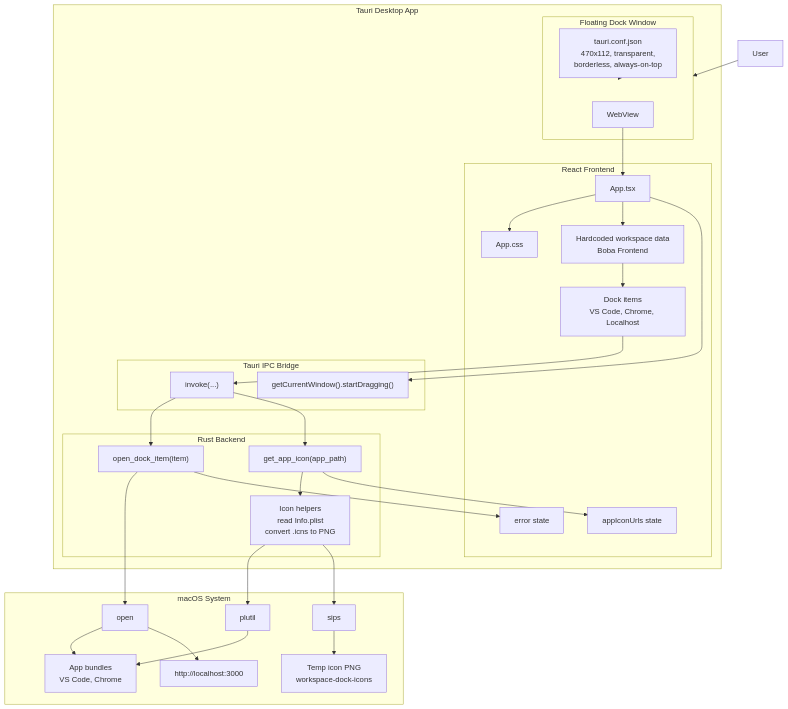
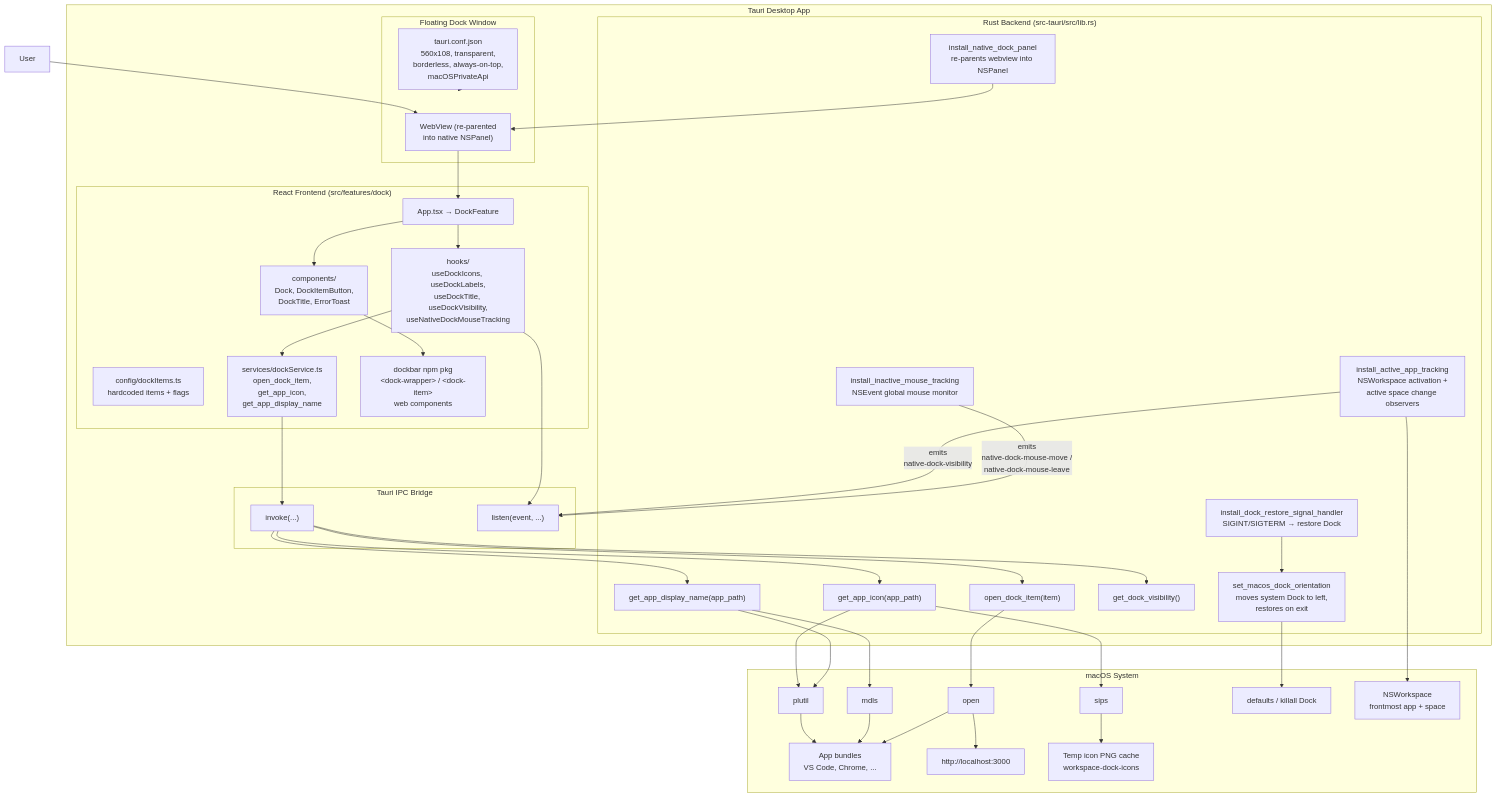
The first of 7 diagrams in ARCHITECTURE.md (Westluu/Workspaces), drawn with Mermaid before and after one commit. The commit also changed other lines of this file and 1 other file, not shown here.

Commit message:
update: updated architecture file and made plan for next steps

````diff
--- a/ARCHITECTURE.md
+++ b/ARCHITECTURE.md
@@ -7,61 +7,79 @@
 ```mermaid
 flowchart TB
   User[User]
 
   subgraph TauriApp["Tauri Desktop App"]
     subgraph Window["Floating Dock Window"]
-      Config["tauri.conf.json<br/>470x112, transparent,<br/>borderless, always-on-top"]
-      WebView["WebView"]
+      Config["tauri.conf.json<br/>560x108, transparent,<br/>borderless, always-on-top,<br/>macOSPrivateApi"]
+      WebView["WebView (re-parented<br/>into native NSPanel)"]
     end
 
-    subgraph Frontend["React Frontend"]
-      App["App.tsx"]
-      Styles["App.css"]
-      Workspace["Hardcoded workspace data<br/>Boba Frontend"]
-      DockItems["Dock items<br/>VS Code, Chrome, Localhost"]
-      IconState["appIconUrls state"]
-      ErrorState["error state"]
+    subgraph Frontend["React Frontend (src/features/dock)"]
+      App["App.tsx → DockFeature"]
+      Config2["config/dockItems.ts<br/>hardcoded items + flags"]
+      Components["components/<br/>Dock, DockItemButton,<br/>DockTitle, ErrorToast"]
+      Hooks["hooks/<br/>useDockIcons, useDockLabels,<br/>useDockTitle, useDockVisibility,<br/>useNativeDockMouseTracking"]
+      Services["services/dockService.ts<br/>open_dock_item,<br/>get_app_icon,<br/>get_app_display_name"]
+      Dockbar["dockbar npm pkg<br/>&lt;dock-wrapper&gt; / &lt;dock-item&gt;<br/>web components"]
     end
 
     subgraph Bridge["Tauri IPC Bridge"]
       Invoke["invoke(...)"]
-      WindowApi["getCurrentWindow().startDragging()"]
+      Listen["listen(event, ...)"]
     end
 
-    subgraph RustBackend["Rust Backend"]
+    subgraph RustBackend["Rust Backend (src-tauri/src/lib.rs)"]
       OpenItem["open_dock_item(item)"]
       GetIcon["get_app_icon(app_path)"]
-      IconHelpers["Icon helpers<br/>read Info.plist<br/>convert .icns to PNG"]
+      GetName["get_app_display_name(app_path)"]
+      GetVis["get_dock_visibility()"]
+      NativePanel["install_native_dock_panel<br/>re-parents webview into NSPanel"]
+      DockOrient["set_macos_dock_orientation<br/>moves system Dock to left,<br/>restores on exit"]
+      MouseTrack["install_inactive_mouse_tracking<br/>NSEvent global mouse monitor"]
+      AppTrack["install_active_app_tracking<br/>NSWorkspace activation +<br/>active space change observers"]
+      SignalHandler["install_dock_restore_signal_handler<br/>SIGINT/SIGTERM → restore Dock"]
     end
   end
 
   subgraph MacOS["macOS System"]
     OpenCmd["open"]
     Plutil["plutil"]
+    Mdls["mdls"]
     Sips["sips"]
-    AppBundles["App bundles<br/>VS Code, Chrome"]
+    Defaults["defaults / killall Dock"]
+    AppBundles["App bundles<br/>VS Code, Chrome, ..."]
     Localhost["http://localhost:3000"]
-    TempPng["Temp icon PNG<br/>workspace-dock-icons"]
+    TempPng["Temp icon PNG cache<br/>workspace-dock-icons"]
+    Workspace["NSWorkspace<br/>frontmost app + space"]
   end
 
-  User --> Window
+  User --> WebView
   Config --> Window
   WebView --> App
-  App --> Styles
-  App --> Workspace
-  Workspace --> DockItems
-  DockItems --> Invoke
-  App --> WindowApi
+  App --> Components
+  App --> Hooks
+  Components --> Dockbar
+  Hooks --> Services
+  Services --> Invoke
+  Hooks --> Listen
   Invoke --> OpenItem
   Invoke --> GetIcon
+  Invoke --> GetName
+  Invoke --> GetVis
   OpenItem --> OpenCmd
+  GetIcon --> Plutil
+  GetIcon --> Sips
+  GetName --> Mdls
+  GetName --> Plutil
+  Plutil --> AppBundles
+  Mdls --> AppBundles
+  Sips --> TempPng
   OpenCmd --> AppBundles
   OpenCmd --> Localhost
-  GetIcon --> IconHelpers
-  IconHelpers --> Plutil
-  IconHelpers --> Sips
-  Plutil --> AppBundles
-  Sips --> TempPng
-  GetIcon --> IconState
-  OpenItem --> ErrorState
+  NativePanel --> WebView
+  DockOrient --> Defaults
+  AppTrack --> Workspace
+  AppTrack -->|emits<br/>native-dock-visibility| Listen
+  MouseTrack -->|emits<br/>native-dock-mouse-move /<br/>native-dock-mouse-leave| Listen
+  SignalHandler --> DockOrient
 ```
````
